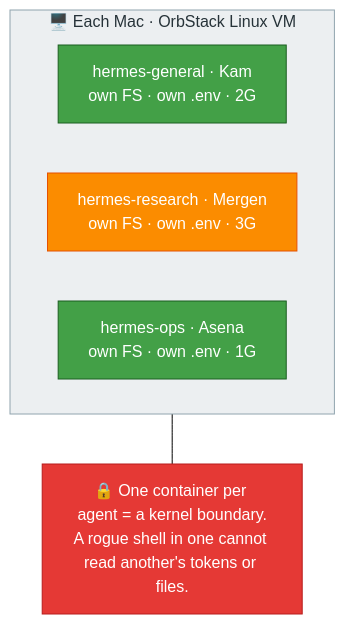
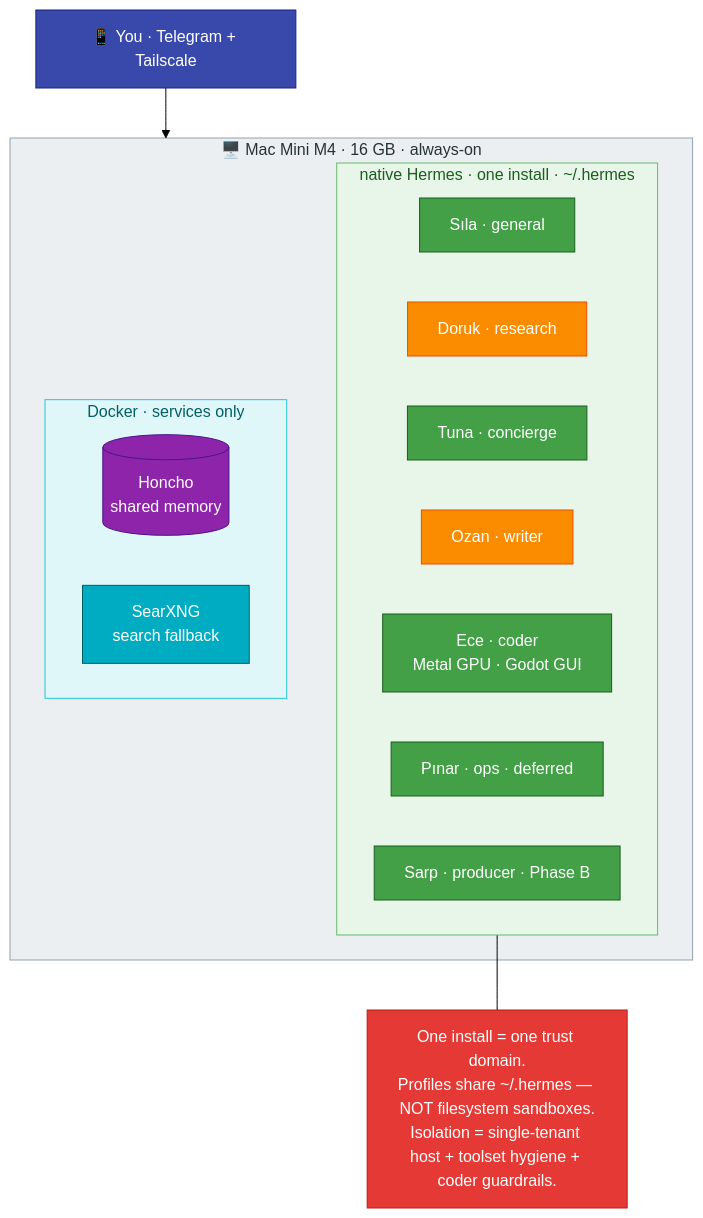
One commit to mpolatcan/hermes-setup changed the diagram in docs/01-architecture.md. Above: the diagram before and after it, drawn with Mermaid (forest theme). The commit also changed other lines of this file and 14 other files, not shown here.

First line of the commit message:
Rewrite plan: native single-Mini architecture + Turkish studio crew

````diff
--- a/docs/01-architecture.md
+++ b/docs/01-architecture.md
@@ -7,14 +7,30 @@
 ```mermaid
 flowchart TB
-    subgraph vm["🖥️ Each Mac · OrbStack Linux VM"]
-        a["hermes-general · Kam<br/>own FS · own .env · 2G"]:::mini
-        b["hermes-research · Mergen<br/>own FS · own .env · 3G"]:::codex
-        c["hermes-ops · Asena<br/>own FS · own .env · 1G"]:::mini
+    subgraph mini["🖥️ Mac Mini M4 · 16 GB · always-on"]
+        subgraph hermes["native Hermes · one install · ~/.hermes"]
+            k["Sıla · general"]:::mini
+            m["Doruk · research"]:::codex
+            u["Tuna · concierge"]:::mini
+            w["Ozan · writer"]:::codex
+            c["Ece · coder<br/>Metal GPU · Godot GUI"]:::mini
+            o["Pınar · ops · deferred"]:::mini
+            p["Sarp · producer · Phase B"]:::mini
+        end
+        subgraph svc["Docker · services only"]
+            Honcho[("Honcho<br/>shared memory")]:::infra
+            SearXNG["SearXNG<br/>search fallback"]:::svc
+        end
     end
-    boundary["🔒 One container per agent = a kernel boundary.<br/>A rogue shell in one cannot read another's tokens or files."]:::danger
-    vm --- boundary
+    phone["📱 You · Telegram + Tailscale"]:::user --> mini
+    note["One install = one trust domain.<br/>Profiles share ~/.hermes — NOT filesystem sandboxes.<br/>Isolation = single-tenant host + toolset hygiene + coder guardrails."]:::danger
+    hermes --- note
+    classDef user fill:#3949AB,stroke:#1A237E,color:#fff
     classDef mini fill:#43A047,stroke:#1B5E20,color:#fff
     classDef codex fill:#FB8C00,stroke:#E65100,color:#fff
+    classDef infra fill:#8E24AA,stroke:#4A148C,color:#fff
+    classDef svc fill:#00ACC1,stroke:#006064,color:#fff
     classDef danger fill:#E53935,stroke:#B71C1C,color:#fff
-    style vm fill:#ECEFF1,stroke:#90A4AE,color:#263238
+    style mini fill:#ECEFF1,stroke:#90A4AE,color:#263238
+    style hermes fill:#E8F5E9,stroke:#66BB6A,color:#1B5E20
+    style svc fill:#E0F7FA,stroke:#26C6DA,color:#006064
 ```
````
